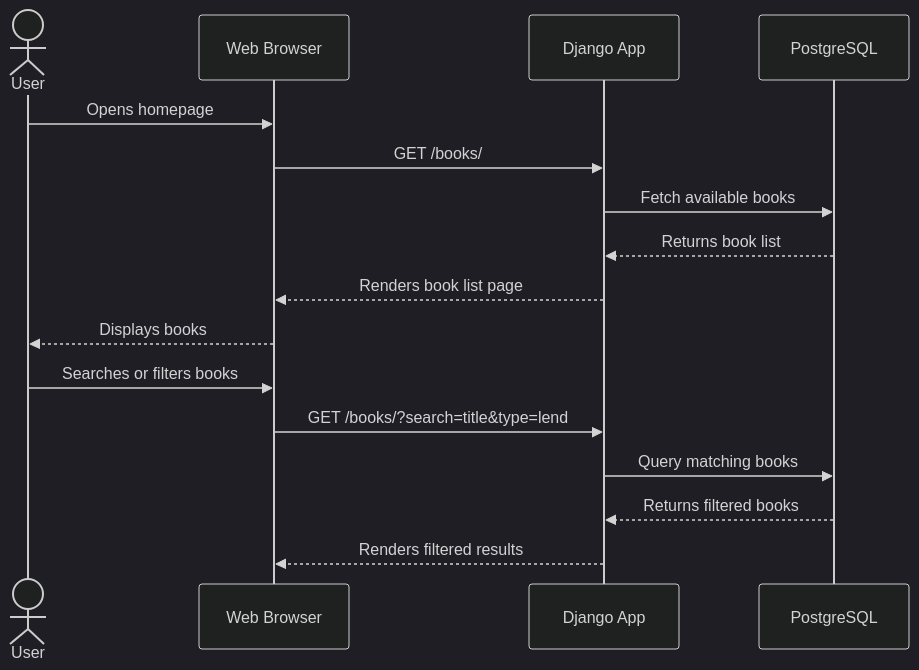
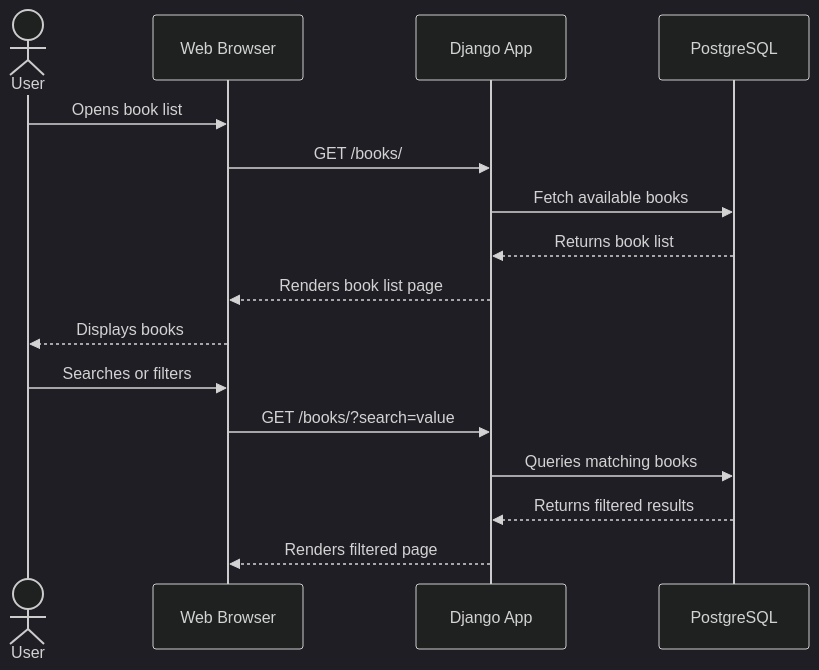
Before and after one commit to Handroc/Livract-project: the fourth of 9 diagrams in README.md, drawn with Mermaid (dark theme). The commit also changed other lines of this file, not shown here.

````diff
--- a/README.md
+++ b/README.md
@@ -492,20 +338,18 @@
 ```mermaid
 sequenceDiagram
     actor User
     participant Browser as Web Browser
     participant Django as Django App
     participant DB as PostgreSQL
-
-    User->>Browser: Opens homepage
+    User->>Browser: Opens book list
     Browser->>Django: GET /books/
     Django->>DB: Fetch available books
     DB-->>Django: Returns book list
     Django-->>Browser: Renders book list page
     Browser-->>User: Displays books
-
-    User->>Browser: Searches or filters books
-    Browser->>Django: GET /books/?search=title&type=lend
-    Django->>DB: Query matching books
-    DB-->>Django: Returns filtered books
-    Django-->>Browser: Renders filtered results
+    User->>Browser: Searches or filters
+    Browser->>Django: GET /books/?search=value
+    Django->>DB: Queries matching books
+    DB-->>Django: Returns filtered results
+    Django-->>Browser: Renders filtered page
 ```
````
